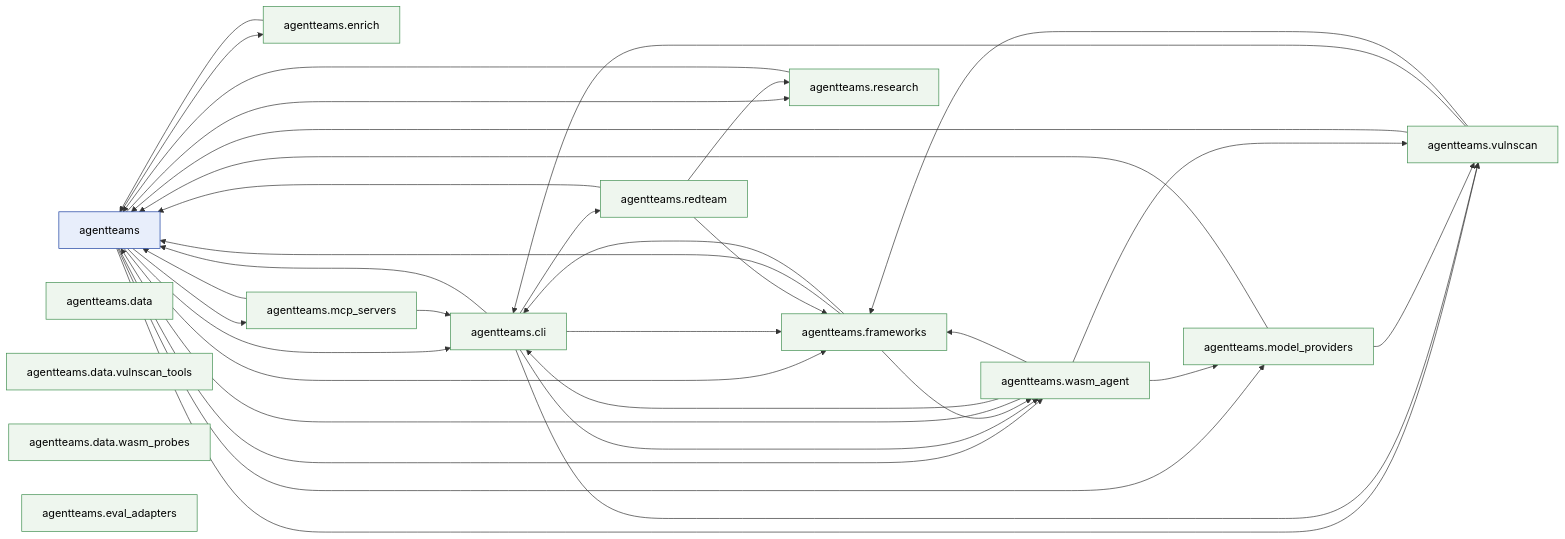
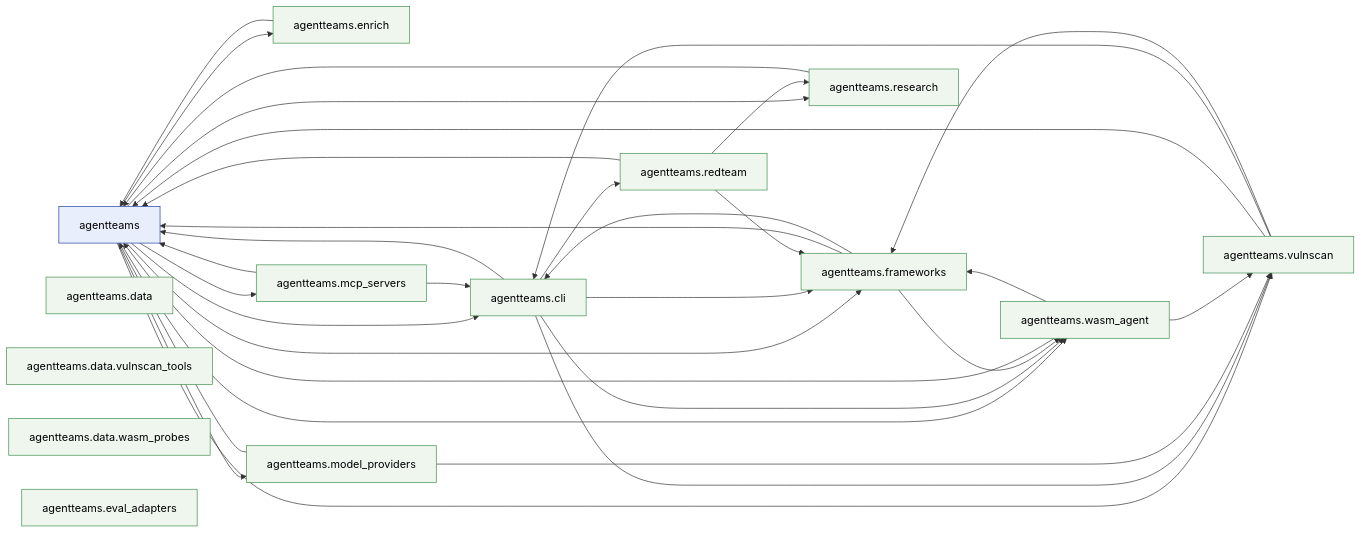
One commit to jlcatonjr/agentteams changed the first of 2 diagrams in references/architecture-graph.md. Above: the diagram before and after it, drawn with Mermaid. The commit also changed other lines of this file and 21 other files, not shown here.

````diff
--- a/references/architecture-graph.md
+++ b/references/architecture-graph.md
@@ -464,66 +465,64 @@
 ```mermaid
 flowchart LR
     classDef root fill:#e8eefb,stroke:#1b3fa0,color:#000
     classDef sub  fill:#eef6ee,stroke:#3f8f4f,color:#000
     agentteams["agentteams"]
     class agentteams root
     agentteams_cli["agentteams.cli"]
     class agentteams_cli sub
     agentteams_data["agentteams.data"]
     class agentteams_data sub
     agentteams_data_vulnscan_tools["agentteams.data.vulnscan_tools"]
     class agentteams_data_vulnscan_tools sub
     agentteams_data_wasm_probes["agentteams.data.wasm_probes"]
     class agentteams_data_wasm_probes sub
     agentteams_enrich["agentteams.enrich"]
     class agentteams_enrich sub
     agentteams_eval_adapters["agentteams.eval_adapters"]
     class agentteams_eval_adapters sub
     agentteams_frameworks["agentteams.frameworks"]
     class agentteams_frameworks sub
     agentteams_mcp_servers["agentteams.mcp_servers"]
     class agentteams_mcp_servers sub
     agentteams_model_providers["agentteams.model_providers"]
     class agentteams_model_providers sub
     agentteams_redteam["agentteams.redteam"]
     class agentteams_redteam sub
     agentteams_research["agentteams.research"]
     class agentteams_research sub
     agentteams_vulnscan["agentteams.vulnscan"]
     class agentteams_vulnscan sub
     agentteams_wasm_agent["agentteams.wasm_agent"]
     class agentteams_wasm_agent sub
     agentteams --> agentteams_cli
     agentteams --> agentteams_enrich
     agentteams --> agentteams_frameworks
     agentteams --> agentteams_mcp_servers
     agentteams --> agentteams_model_providers
     agentteams --> agentteams_research
     agentteams --> agentteams_vulnscan
     agentteams --> agentteams_wasm_agent
     agentteams_cli --> agentteams
     agentteams_cli --> agentteams_frameworks
     agentteams_cli --> agentteams_redteam
     agentteams_cli --> agentteams_vulnscan
     agentteams_cli --> agentteams_wasm_agent
     agentteams_enrich --> agentteams
     agentteams_frameworks --> agentteams
     agentteams_frameworks --> agentteams_cli
     agentteams_frameworks --> agentteams_wasm_agent
     agentteams_mcp_servers --> agentteams
     agentteams_mcp_servers --> agentteams_cli
     agentteams_model_providers --> agentteams
     agentteams_model_providers --> agentteams_vulnscan
     agentteams_redteam --> agentteams
     agentteams_redteam --> agentteams_frameworks
     agentteams_redteam --> agentteams_research
     agentteams_research --> agentteams
     agentteams_vulnscan --> agentteams
     agentteams_vulnscan --> agentteams_cli
     agentteams_vulnscan --> agentteams_frameworks
     agentteams_wasm_agent --> agentteams
-    agentteams_wasm_agent --> agentteams_cli
     agentteams_wasm_agent --> agentteams_frameworks
-    agentteams_wasm_agent --> agentteams_model_providers
     agentteams_wasm_agent --> agentteams_vulnscan
 ```
````
